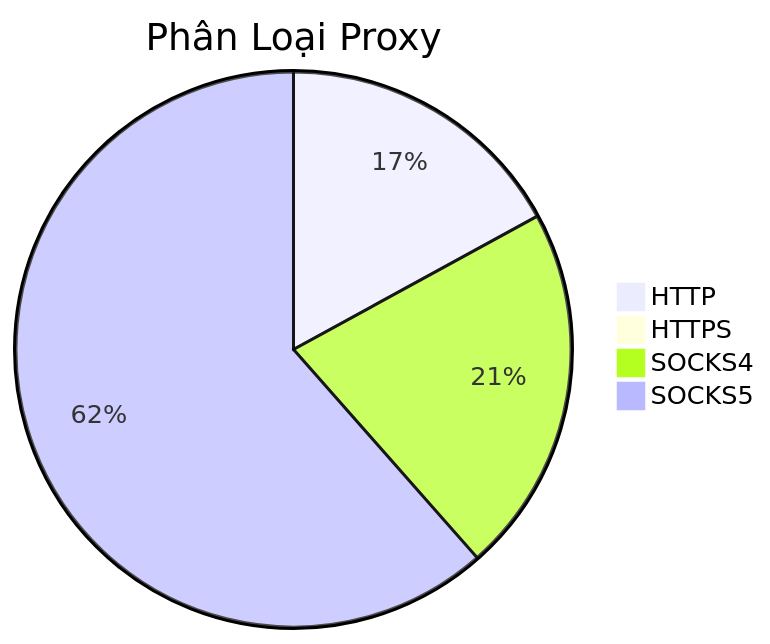
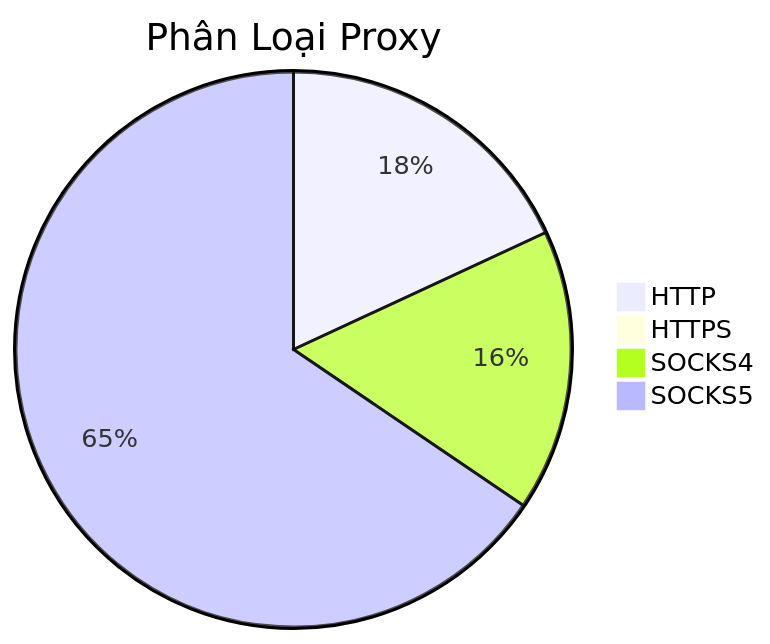
The diagram in README.md (Ciara-12/PROXY-free), drawn with Mermaid before and after one commit. The commit also changed other lines of this file and 4 other files, not shown here.

````diff
--- a/README.md
+++ b/README.md
@@ -26,7 +26,7 @@
 ```mermaid
 pie title Phân Loại Proxy
-    "HTTP" : 254
-    "HTTPS" : 0
-    "SOCKS4" : 320
-    "SOCKS5" : 917
+    "HTTP" : 333
+    "HTTPS" : 3
+    "SOCKS4" : 302
+    "SOCKS5" : 1206
 ```
````
